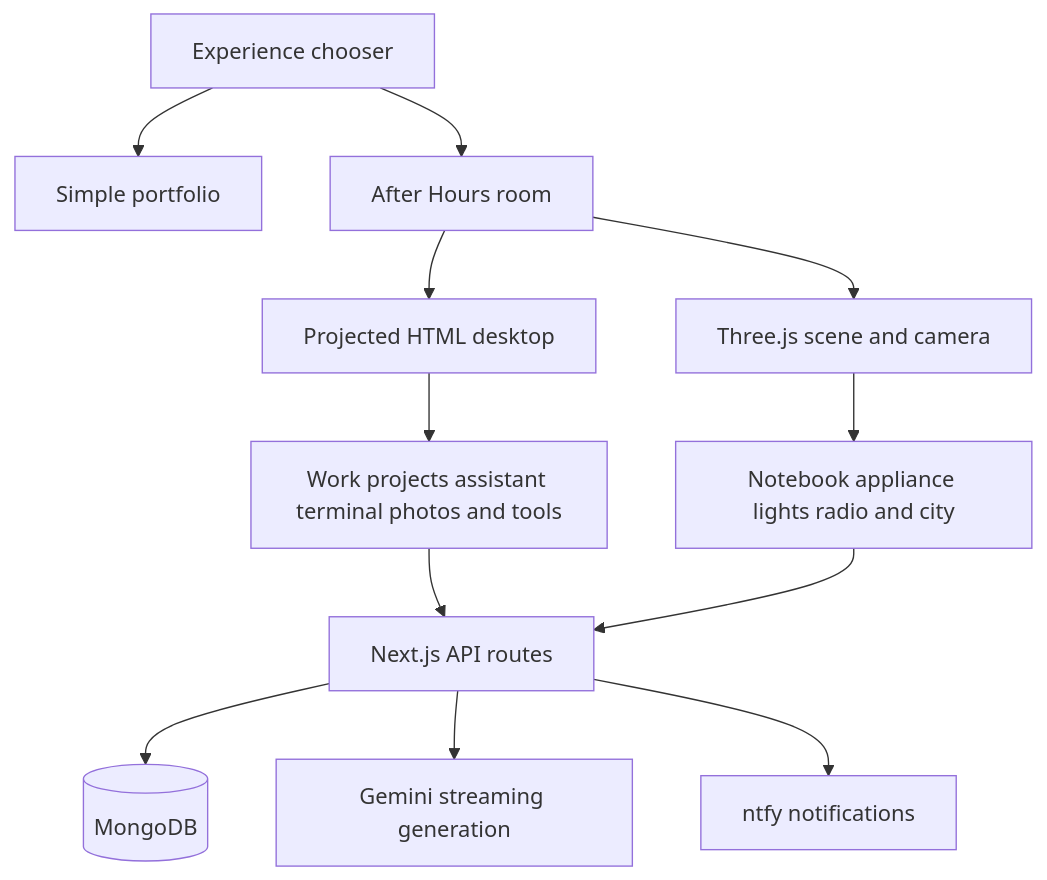
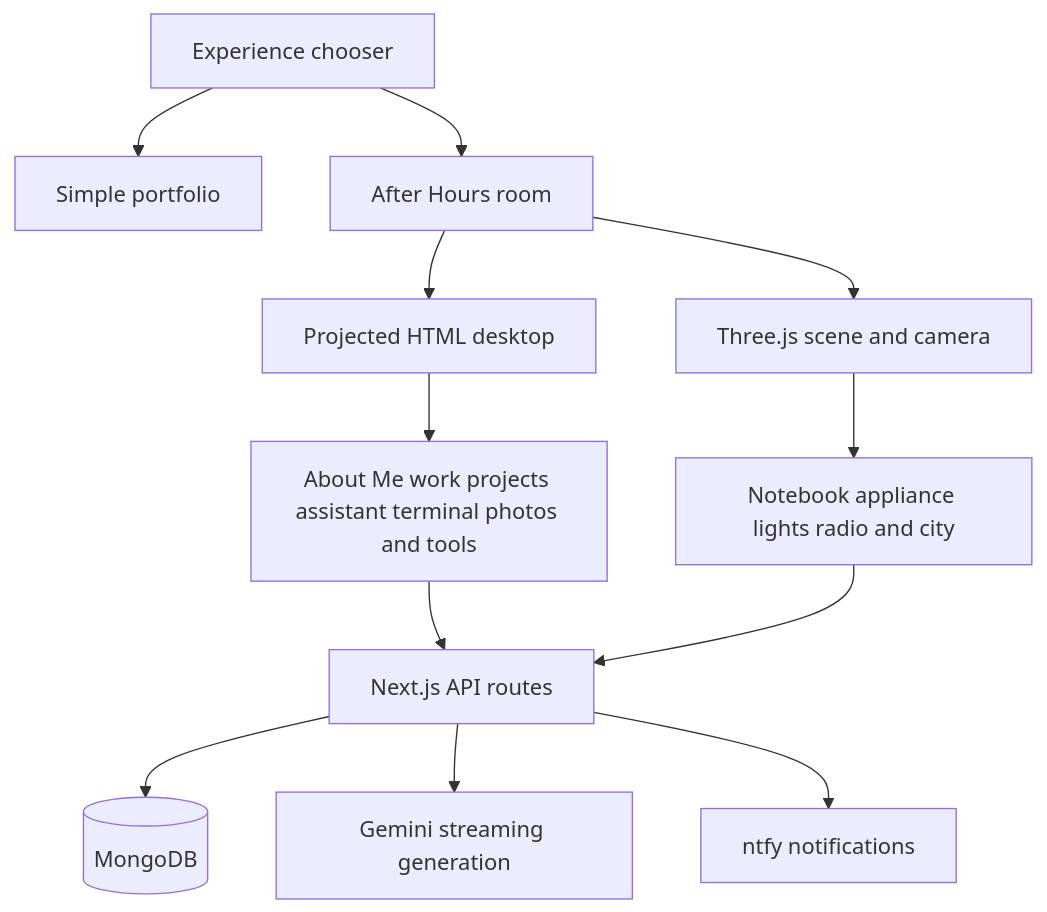
Before and after one commit to vikramsingh117/Intro: the first of 2 diagrams in docs/PORTFOLIO_TECHNICAL_OVERVIEW.md, drawn with Mermaid. The commit also changed other lines of this file and 12 other files, not shown here.

````diff
--- a/docs/PORTFOLIO_TECHNICAL_OVERVIEW.md
+++ b/docs/PORTFOLIO_TECHNICAL_OVERVIEW.md
@@ -34,14 +34,14 @@
 ```mermaid
 flowchart TD
     Home[Experience chooser] --> Simple[Simple portfolio]
     Home --> Room[After Hours room]
     Room --> Scene[Three.js scene and camera]
     Room --> Desktop[Projected HTML desktop]
     Scene --> Objects[Notebook appliance lights radio and city]
-    Desktop --> Apps[Work projects assistant terminal photos and tools]
+    Desktop --> Apps[About Me work projects assistant terminal photos and tools]
     Apps --> API[Next.js API routes]
     Objects --> API
     API --> DB[(MongoDB)]
     API --> Gemini[Gemini streaming generation]
     API --> Alerts[ntfy notifications]
 ```
````
